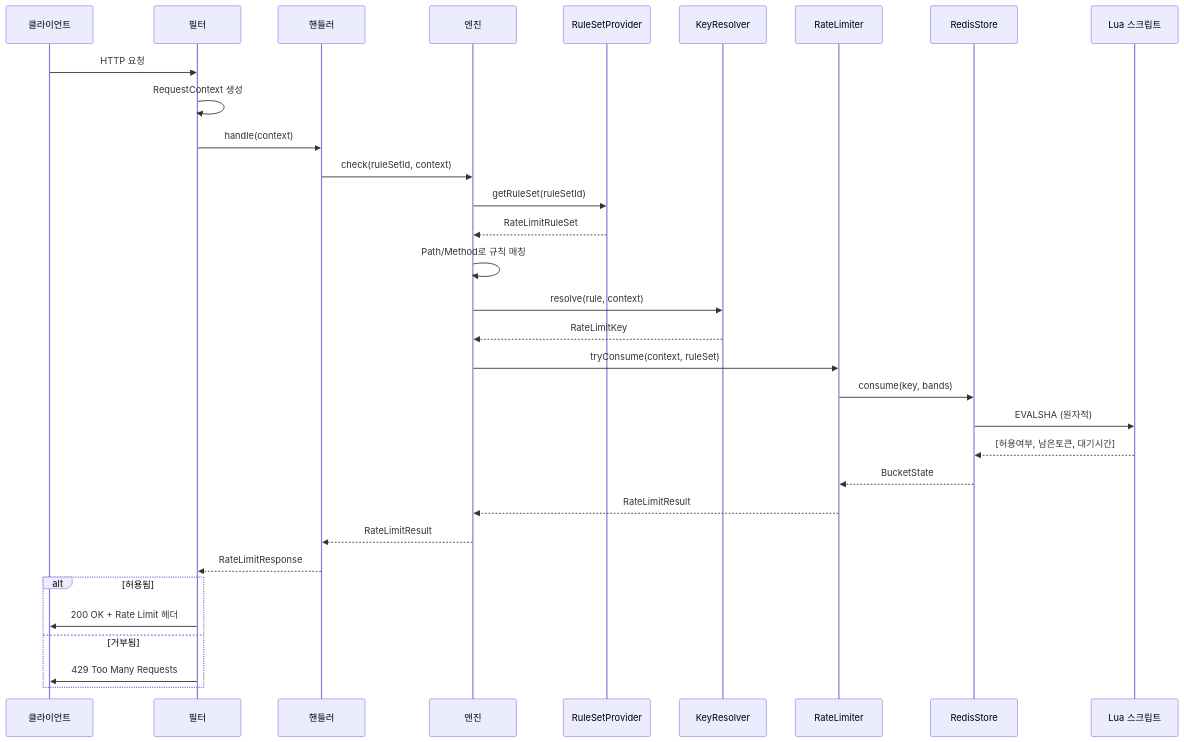
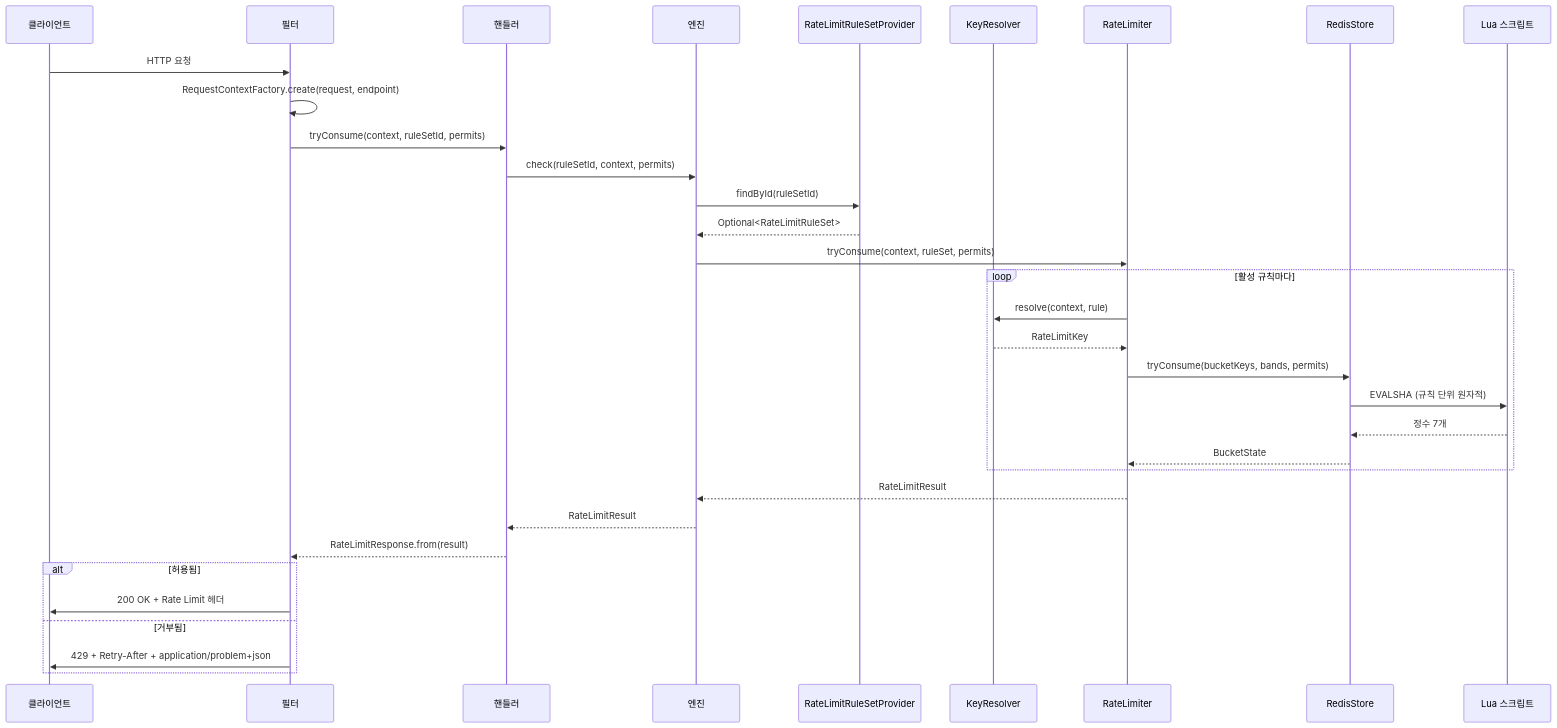
The eighth of 11 diagrams in docs/ko/architecture/README.ko.md (OpenFluxGate/fluxgate), drawn with Mermaid before and after one commit. The commit also changed other lines of this file and 33 other files, not shown here.

````diff
--- a/docs/ko/architecture/README.ko.md
+++ b/docs/ko/architecture/README.ko.md
@@ -642,36 +676,37 @@
 ```mermaid
 sequenceDiagram
     participant C as 클라이언트
     participant F as 필터
     participant H as 핸들러
     participant E as 엔진
-    participant P as RuleSetProvider
+    participant P as RateLimitRuleSetProvider
     participant K as KeyResolver
     participant R as RateLimiter
     participant S as RedisStore
     participant L as Lua 스크립트
 
     C->>F: HTTP 요청
-    F->>F: RequestContext 생성
-    F->>H: handle(context)
-    H->>E: check(ruleSetId, context)
-    E->>P: getRuleSet(ruleSetId)
-    P-->>E: RateLimitRuleSet
-    E->>E: Path/Method로 규칙 매칭
-    E->>K: resolve(rule, context)
-    K-->>E: RateLimitKey
-    E->>R: tryConsume(context, ruleSet)
-    R->>S: consume(key, bands)
-    S->>L: EVALSHA (원자적)
-    L-->>S: [허용여부, 남은토큰, 대기시간]
-    S-->>R: BucketState
+    F->>F: RequestContextFactory.create(request, endpoint)
+    F->>H: tryConsume(context, ruleSetId, permits)
+    H->>E: check(ruleSetId, context, permits)
+    E->>P: findById(ruleSetId)
+    P-->>E: Optional<RateLimitRuleSet>
+    E->>R: tryConsume(context, ruleSet, permits)
+    loop 활성 규칙마다
+        R->>K: resolve(context, rule)
+        K-->>R: RateLimitKey
+        R->>S: tryConsume(bucketKeys, bands, permits)
+        S->>L: EVALSHA (규칙 단위 원자적)
+        L-->>S: 정수 7개
+        S-->>R: BucketState
+    end
     R-->>E: RateLimitResult
     E-->>H: RateLimitResult
-    H-->>F: RateLimitResponse
+    H-->>F: RateLimitResponse.from(result)
 
     alt 허용됨
         F->>C: 200 OK + Rate Limit 헤더
     else 거부됨
-        F->>C: 429 Too Many Requests
+        F->>C: 429 + Retry-After + application/problem+json
     end
 ```
````
